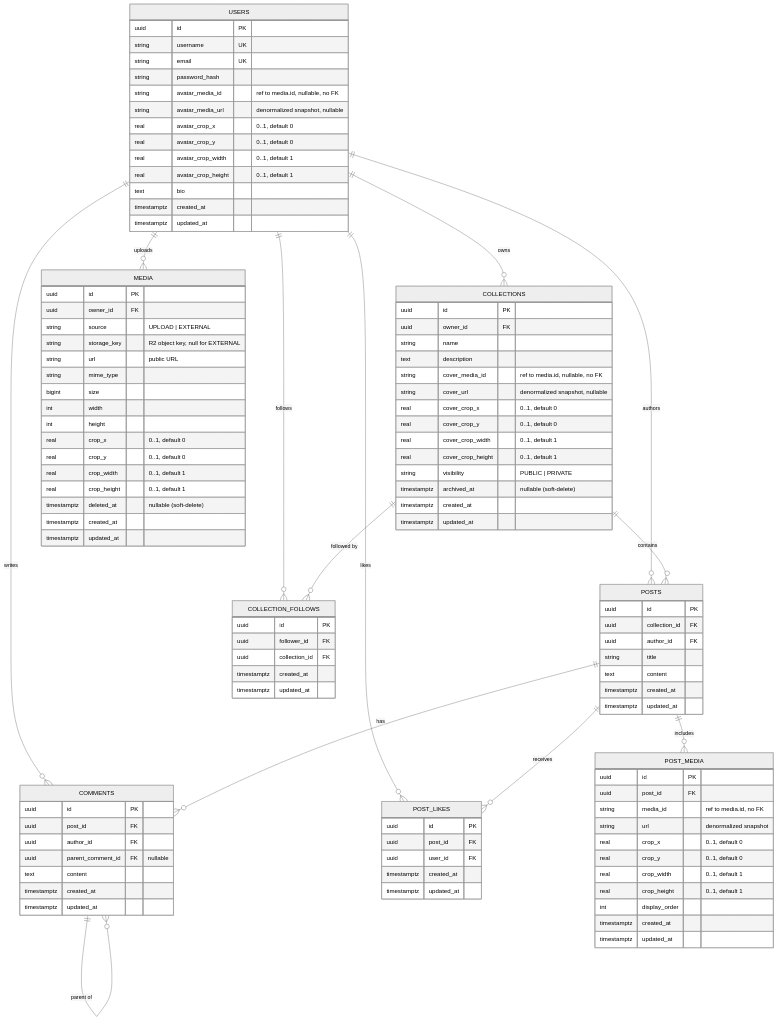
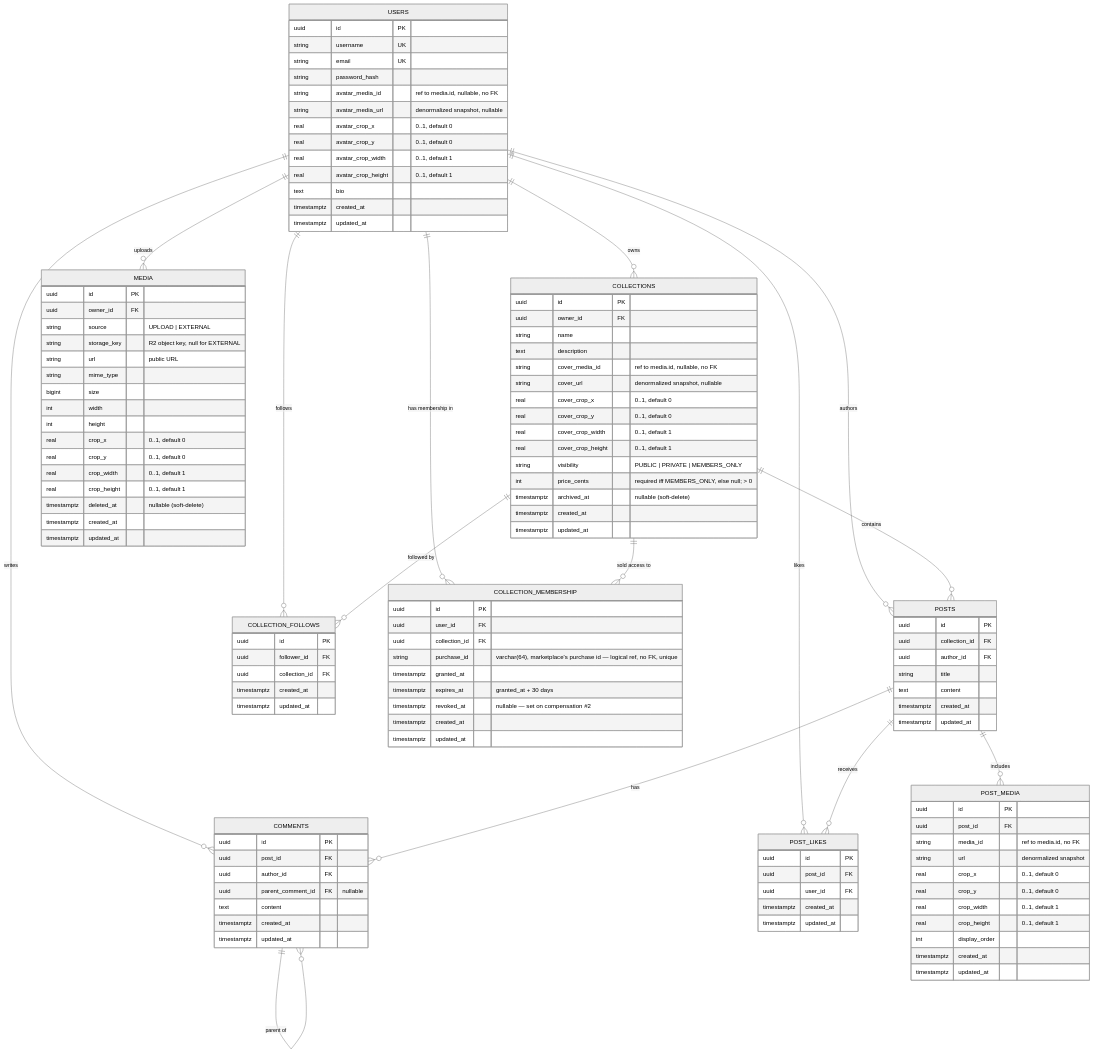
The diagram in docs/tech/db-schema.md (hdang-dev/dannest), drawn with Mermaid (neutral theme) before and after one commit. The commit also changed other lines of this file and 2 other files, not shown here.

Commit message:
docs(tech): document the marketplace service, MongoDB, and the membership saga

````diff
--- a/docs/tech/db-schema.md
+++ b/docs/tech/db-schema.md
@@ -39,6 +43,8 @@
     POSTS ||--o{ POST_LIKES : receives
     USERS ||--o{ COLLECTION_FOLLOWS : follows
     COLLECTIONS ||--o{ COLLECTION_FOLLOWS : "followed by"
+    USERS ||--o{ COLLECTION_MEMBERSHIP : "has membership in"
+    COLLECTIONS ||--o{ COLLECTION_MEMBERSHIP : "sold access to"
 
     MEDIA {
         uuid id PK
@@ -84,7 +90,8 @@
         real cover_crop_y "0..1, default 0"
         real cover_crop_width "0..1, default 1"
         real cover_crop_height "0..1, default 1"
-        string visibility "PUBLIC | PRIVATE"
+        string visibility "PUBLIC | PRIVATE | MEMBERS_ONLY"
+        int price_cents "required iff MEMBERS_ONLY, else null; > 0"
         timestamptz archived_at "nullable (soft-delete)"
         timestamptz created_at
         timestamptz updated_at
@@ -134,4 +141,15 @@
         timestamptz created_at
         timestamptz updated_at
     }
+    COLLECTION_MEMBERSHIP {
+        uuid id PK
+        uuid user_id FK
+        uuid collection_id FK
+        string purchase_id "varchar(64), marketplace's purchase id — logical ref, no FK, unique"
+        timestamptz granted_at
+        timestamptz expires_at "granted_at + 30 days"
+        timestamptz revoked_at "nullable — set on compensation #2"
+        timestamptz created_at
+        timestamptz updated_at
+    }
 ```
````
